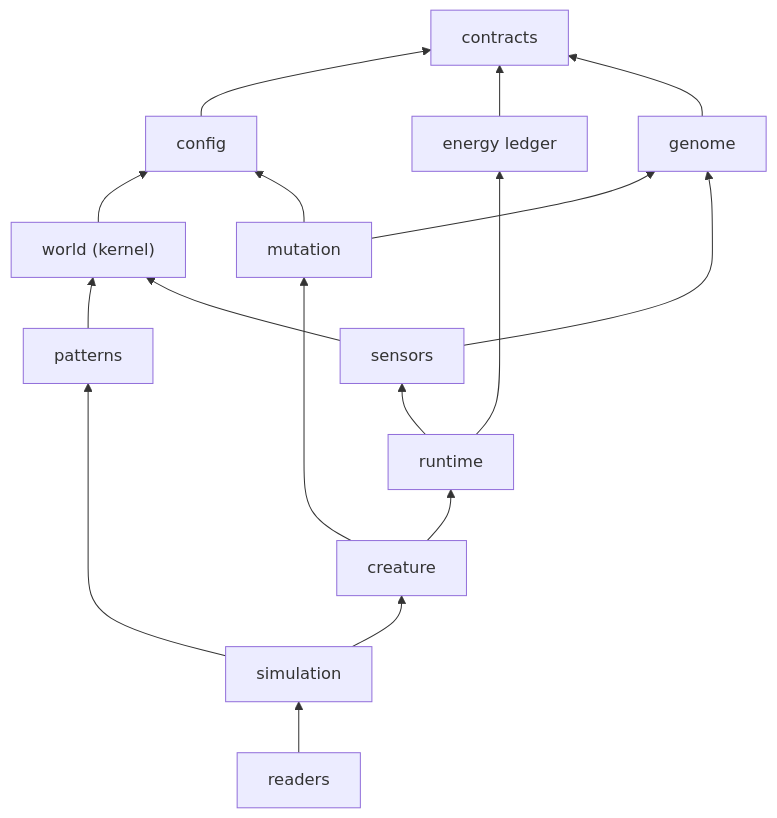
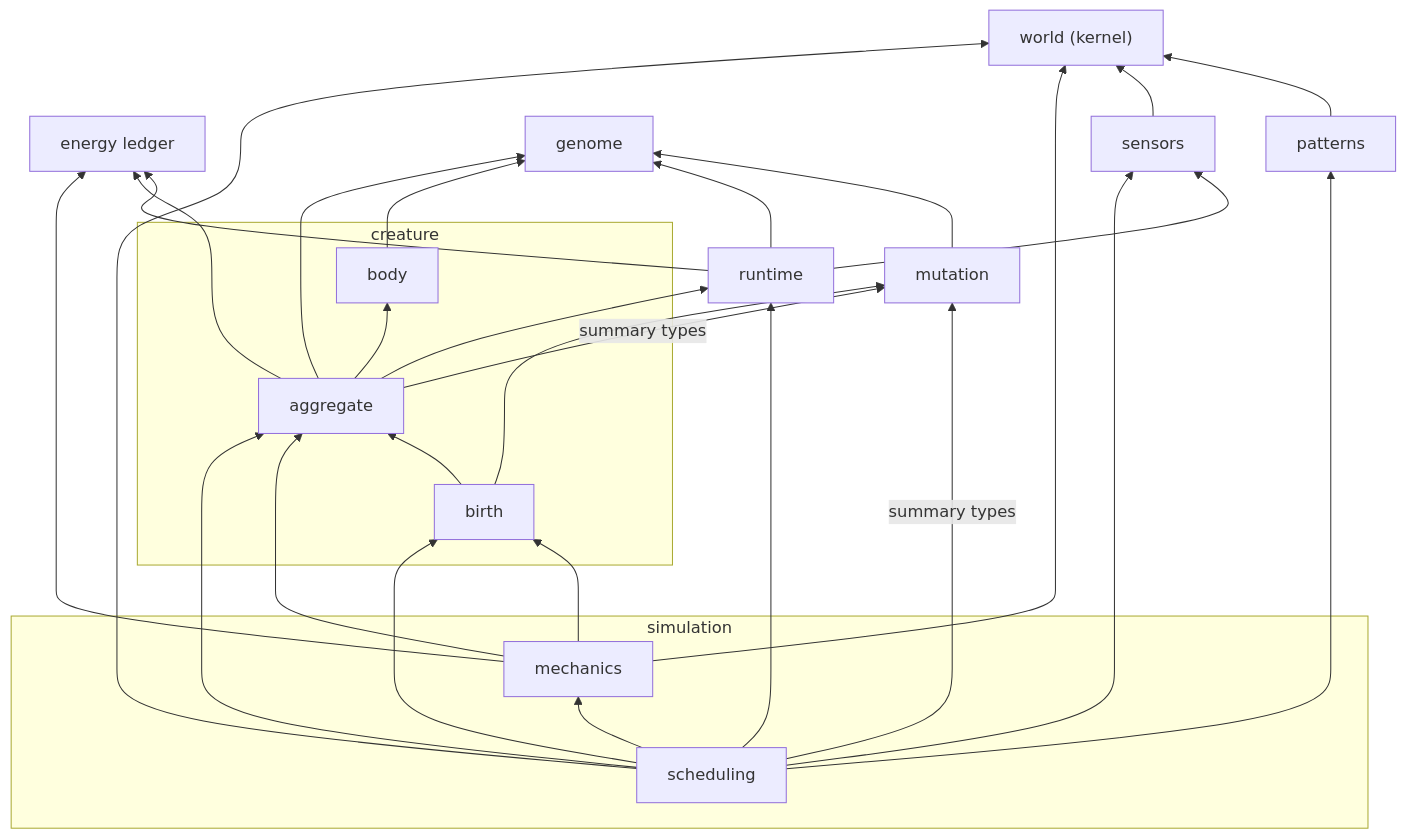
Before and after one commit to iadknet/petri: the second of 4 diagrams in docs/architecture.md, drawn with Mermaid. The commit also changed other lines of this file and 6 other files, not shown here.

First line of the commit message:
docs(architecture): adopt the adversarial review: inheritance mappings, scheduling and mechanics, direct imports, two memory masks

````diff
--- a/docs/architecture.md
+++ b/docs/architecture.md
@@ -83,20 +88,41 @@
 ```mermaid
 flowchart BT
-  contracts["contracts"]
-  config["config"] --> contracts
-  ledger["energy ledger"] --> contracts
-  kernel["world (kernel)"] --> config
+  ledger["energy ledger"]
+  kernel["world (kernel)"]
   patterns["patterns"] --> kernel
-  genome["genome"] --> contracts
+  genome["genome"]
   mutation["mutation"] --> genome
-  mutation --> config
   sensors["sensors"] --> kernel
-  sensors --> genome
-  runtime["runtime"] --> sensors
+  runtime["runtime"] --> genome
+  runtime --> sensors
   runtime --> ledger
-  creature["creature"] --> mutation
-  creature --> runtime
-  simulation["simulation"] --> creature
-  simulation --> patterns
-  readers["readers"] --> simulation
+  subgraph creature["creature"]
+    body["body"]
+    aggregate["aggregate"]
+    birth["birth"]
+  end
+  body --> genome
+  aggregate --> body
+  aggregate --> genome
+  aggregate --> runtime
+  aggregate --> ledger
+  aggregate -->|"summary types"| mutation
+  birth --> aggregate
+  birth --> mutation
+  subgraph simulation["simulation"]
+    scheduling["scheduling"]
+    mechanics["mechanics"]
+  end
+  mechanics --> aggregate
+  mechanics --> kernel
+  mechanics --> ledger
+  mechanics --> birth
+  scheduling --> mechanics
+  scheduling --> sensors
+  scheduling --> runtime
+  scheduling --> aggregate
+  scheduling --> kernel
+  scheduling --> birth
+  scheduling --> patterns
+  scheduling -->|"summary types"| mutation
 ```
````
